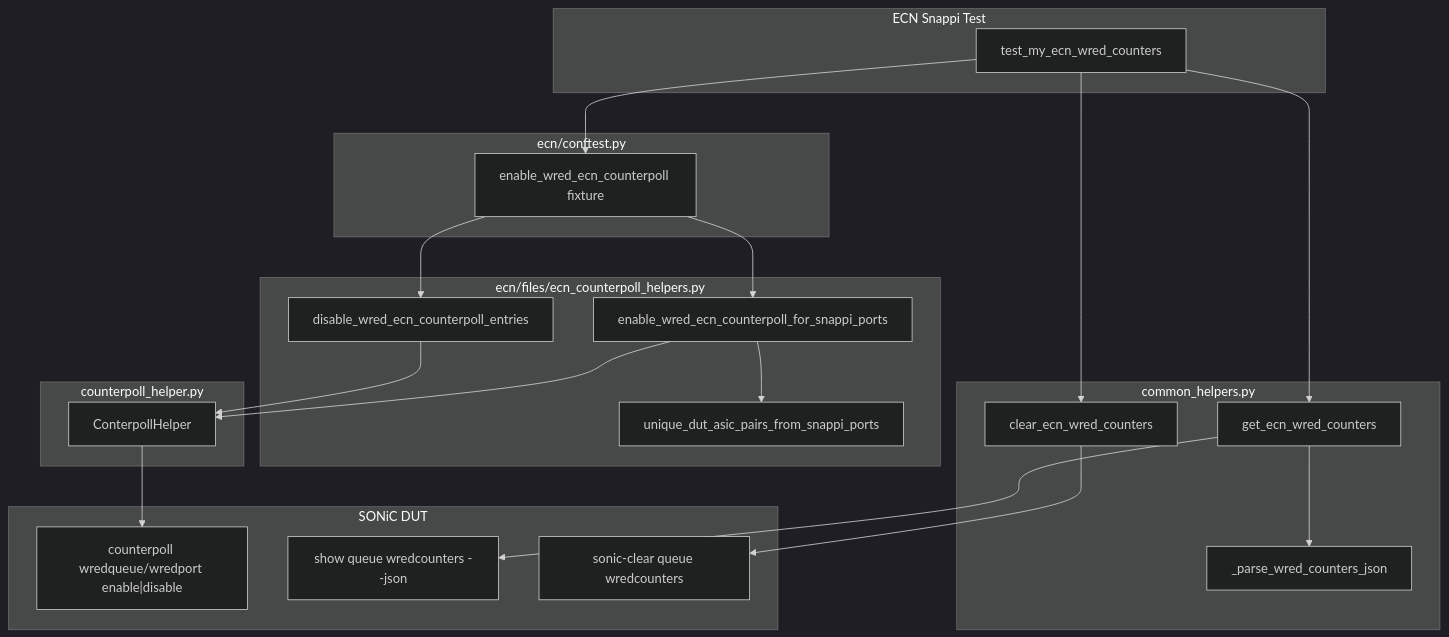
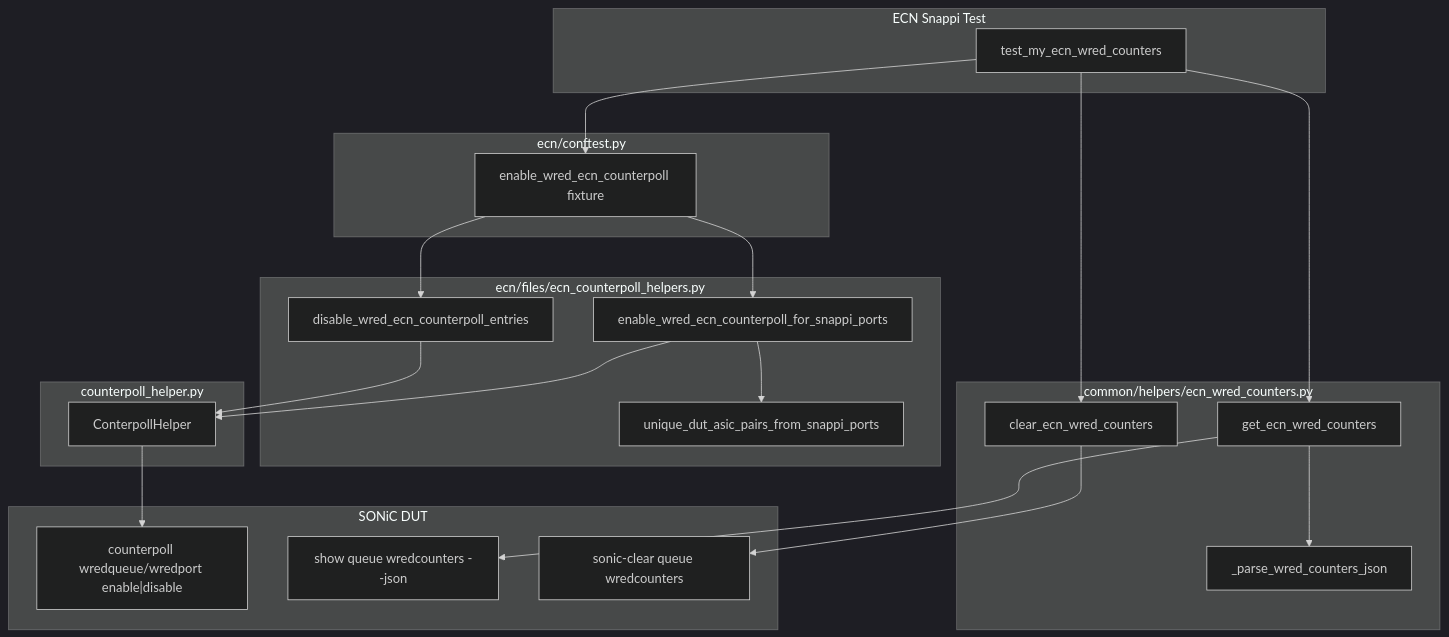
Before and after one commit to sonic-net/sonic-mgmt: the diagram in tests/snappi_tests/docs/hld_ecn_wredcounter_support.md, drawn with Mermaid (dark theme). The commit also changed other lines of this file and 5 other files, not shown here.

````diff
--- a/tests/snappi_tests/docs/hld_ecn_wredcounter_support.md
+++ b/tests/snappi_tests/docs/hld_ecn_wredcounter_support.md
@@ -31,45 +39,45 @@
 ```mermaid
 flowchart TB
     subgraph test ["ECN Snappi Test"]
         T[test_my_ecn_wred_counters]
     end
 
     subgraph conftest ["ecn/conftest.py"]
         FIX[enable_wred_ecn_counterpoll fixture]
     end
 
     subgraph ecn_helpers ["ecn/files/ecn_counterpoll_helpers.py"]
         EN[enable_wred_ecn_counterpoll_for_snappi_ports]
         DIS[disable_wred_ecn_counterpoll_entries]
         PAIRS[unique_dut_asic_pairs_from_snappi_ports]
     end
 
-    subgraph common ["common_helpers.py"]
+    subgraph common ["common/helpers/ecn_wred_counters.py"]
         GET[get_ecn_wred_counters]
         CLR[clear_ecn_wred_counters]
         PARSE[_parse_wred_counters_json]
     end
 
     subgraph upstream ["counterpoll_helper.py"]
         CP[ConterpollHelper]
     end
 
     subgraph dut ["SONiC DUT"]
         CLI1["counterpoll wredqueue/wredport enable|disable"]
         CLI2["show queue wredcounters --json"]
         CLI3["sonic-clear queue wredcounters"]
     end
 
     T --> FIX
     T --> GET
     T --> CLR
     FIX --> EN
     FIX --> DIS
     EN --> PAIRS
     EN --> CP
     DIS --> CP
     CP --> CLI1
     GET --> PARSE
     GET --> CLI2
     CLR --> CLI3
 ```
````
